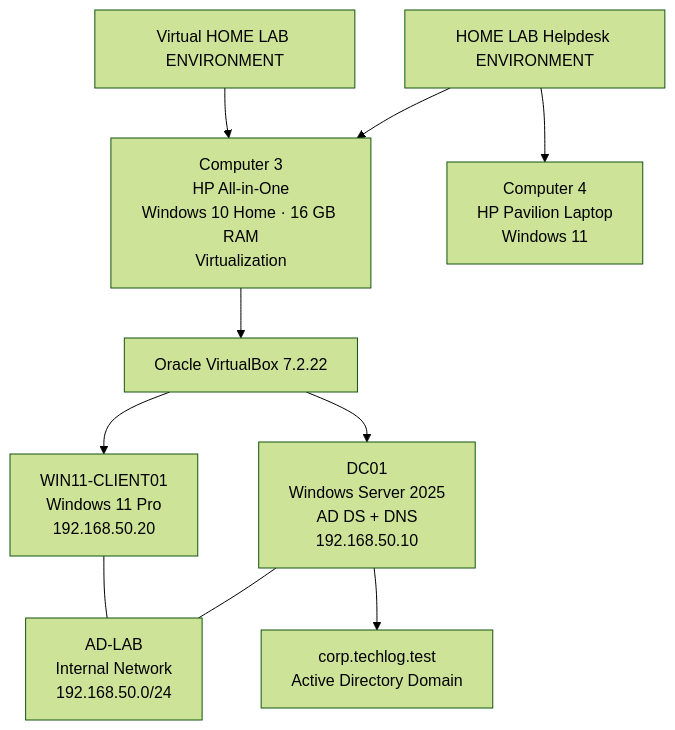
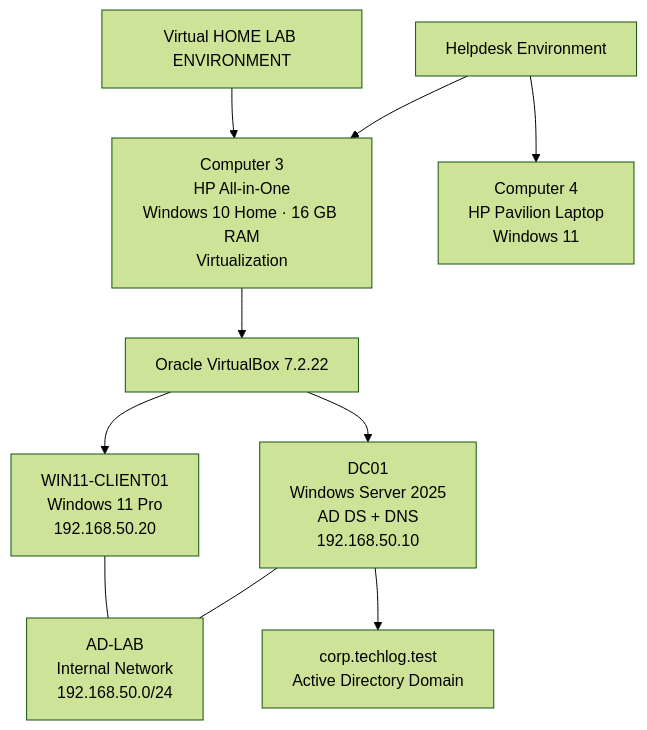
Before and after one commit to aang81a/my-it-support-portfolio: the second of 2 diagrams in PROJECTS/01-lab-environment/lab-environment-overview.md, drawn with Mermaid (forest theme).

````diff
--- a/PROJECTS/01-lab-environment/lab-environment-overview.md
+++ b/PROJECTS/01-lab-environment/lab-environment-overview.md
@@ -47,25 +47,25 @@
 ```mermaid
 flowchart TB
     HOME["Virtual HOME LAB ENVIRONMENT"]
-    TITLE["HOME LAB Helpdesk ENVIRONMENT"]
+    TITLE["Helpdesk Environment"]
 
     C3["Computer 3<br/>HP All-in-One<br/>Windows 10 Home · 16 GB RAM<br/>Virtualization"]
     C4["Computer 4<br/>HP Pavilion Laptop<br/>Windows 11"]
 
     VB["Oracle VirtualBox 7.2.22"]
     CLIENT["WIN11-CLIENT01<br/>Windows 11 Pro<br/>192.168.50.20"]
     SERVER["DC01<br/>Windows Server 2025<br/>AD DS + DNS<br/>192.168.50.10"]
     NETWORK["AD-LAB<br/>Internal Network<br/>192.168.50.0/24"]
     DOMAIN["corp.techlog.test<br/>Active Directory Domain"]
 
     HOME --> C3
     TITLE --> C4
     TITLE --> C3
 
     C3 --> VB
     VB --> CLIENT
     VB --> SERVER
     CLIENT --- NETWORK
     SERVER --- NETWORK
     SERVER --> DOMAIN
 ```
````
